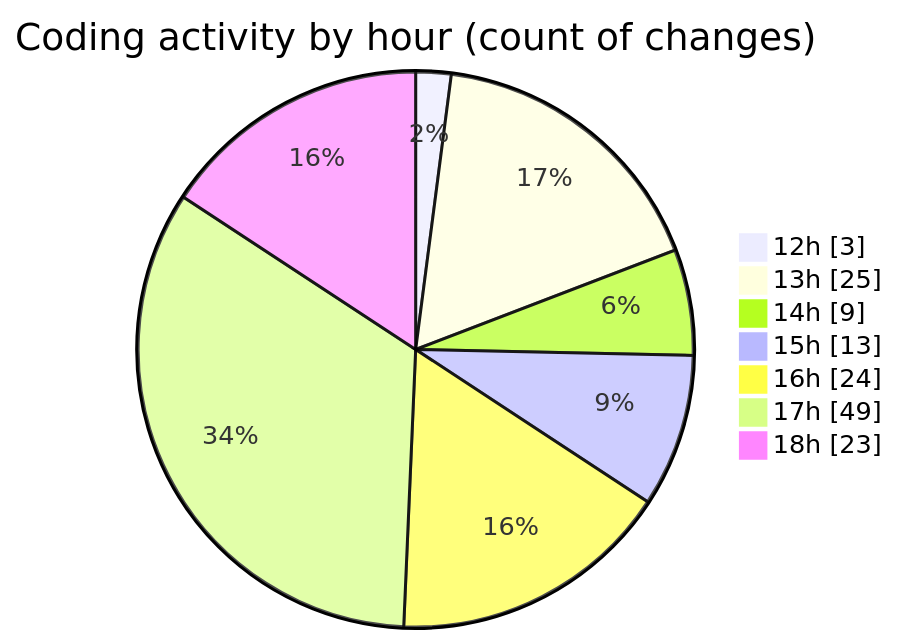
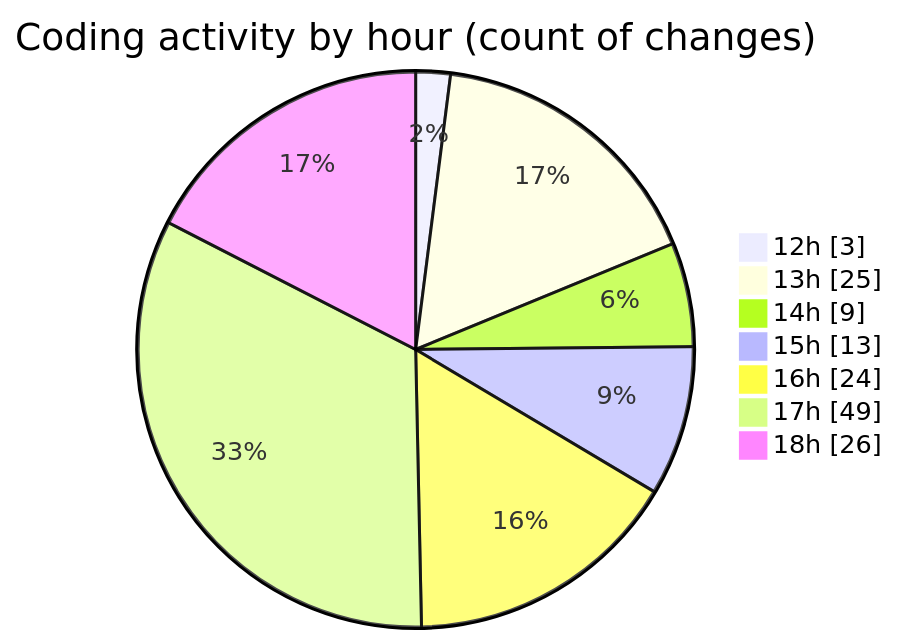
The second of 2 diagrams in 2025-09-26/nxtqube_webapp/README.md (nxtqubesakshisongat/code-tracking), drawn with Mermaid before and after one commit. The commit also changed other lines of this file and 1 other file, not shown here.

````diff
--- a/2025-09-26/nxtqube_webapp/README.md
+++ b/2025-09-26/nxtqube_webapp/README.md
@@ -36,11 +36,11 @@
 ```mermaid
 pie showData
 title Coding activity by hour (count of changes)
 "12h" : 3
 "13h" : 25
 "14h" : 9
 "15h" : 13
 "16h" : 24
 "17h" : 49
-"18h" : 23
+"18h" : 26
 ```
````
